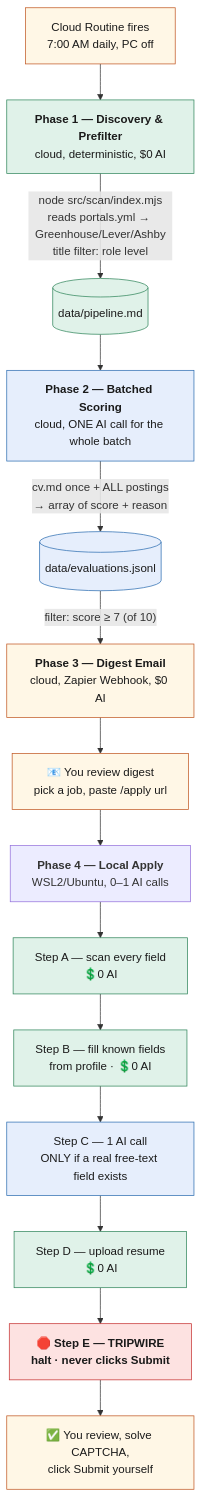
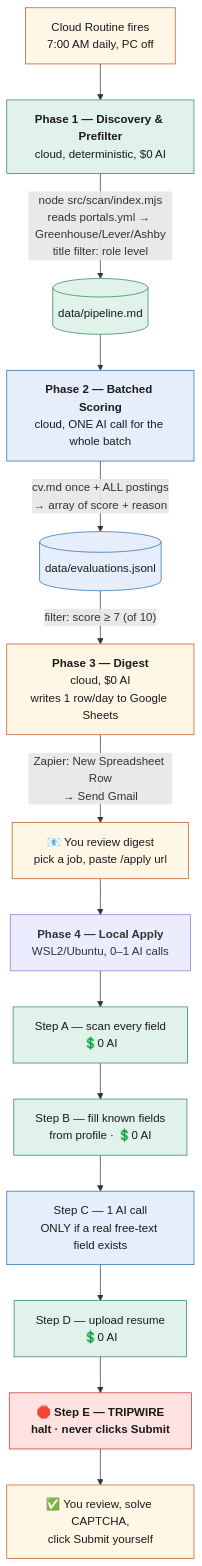
Before and after one commit to rohanaluri/claude-apply: the diagram in docs/project-notes/pipeline-architecture.md, drawn with Mermaid. The commit also changed other lines of this file and 1 other file, not shown here.

Commit message:
Updated architecture document and added daily recap

````diff
--- a/docs/project-notes/pipeline-architecture.md
+++ b/docs/project-notes/pipeline-architecture.md
@@ -148,26 +140,26 @@
 ```mermaid
 flowchart TD
     A["Cloud Routine fires<br/>7:00 AM daily, PC off"] --> B["<b>Phase 1 — Discovery & Prefilter</b><br/>cloud, deterministic, $0 AI"]
     B -->|"node src/scan/index.mjs<br/>reads portals.yml → Greenhouse/Lever/Ashby<br/>title filter: role level"| C[("data/pipeline.md")]
     C --> D["<b>Phase 2 — Batched Scoring</b><br/>cloud, ONE AI call for the whole batch"]
     D -->|"cv.md once + ALL postings<br/>→ array of score + reason"| E[("data/evaluations.jsonl")]
-    E -->|"filter: score ≥ 7 (of 10)"| F["<b>Phase 3 — Digest Email</b><br/>cloud, Zapier Webhook, $0 AI"]
-    F --> G["📧 You review digest<br/>pick a job, paste /apply url"]
+    E -->|"filter: score ≥ 7 (of 10)"| F["<b>Phase 3 — Digest</b><br/>cloud, $0 AI<br/>writes 1 row/day to Google Sheets"]
+    F -->|"Zapier: New Spreadsheet Row<br/>→ Send Gmail"| G["📧 You review digest<br/>pick a job, paste /apply url"]
     G --> H["<b>Phase 4 — Local Apply</b><br/>WSL2/Ubuntu, 0–1 AI calls"]
     H --> H1["Step A — scan every field<br/>💲0 AI"]
     H1 --> H2["Step B — fill known fields<br/>from profile · 💲0 AI"]
     H2 --> H3["Step C — 1 AI call<br/>ONLY if a real free-text field exists"]
     H3 --> H4["Step D — upload resume<br/>💲0 AI"]
     H4 --> H5["🛑 Step E — TRIPWIRE<br/>halt · never clicks Submit"]
     H5 --> I["✅ You review, solve CAPTCHA,<br/>click Submit yourself"]
 
     classDef free fill:#e0f2e9,stroke:#2f855a,color:#1a1a1a
     classDef ai fill:#e6eefc,stroke:#2b6cb0,color:#1a1a1a
     classDef human fill:#fff7e6,stroke:#c05621,color:#1a1a1a
     classDef tripwire fill:#fde2e1,stroke:#c53030,color:#1a1a1a,font-weight:bold
 
     class B,C,H1,H2,H4 free
     class D,E,H3 ai
     class A,F,G,I human
     class H5 tripwire
 ```
````
